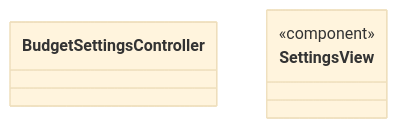
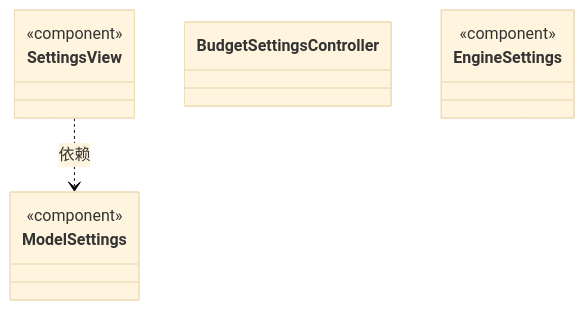
The diagram in src/view/settings/ARCHITECTURE.md (nan023062/cbim), drawn with Mermaid (base theme) before and after one commit. The commit also changed other lines of this file and 136 other files, not shown here.

````diff
--- a/src/view/settings/ARCHITECTURE.md
+++ b/src/view/settings/ARCHITECTURE.md
@@ -20,9 +24,18 @@
 ```mermaid
 classDiagram
-class N_2aa38c2ceb72["BudgetSettingsController"]
-click N_2aa38c2ceb72 href "budget-settings-state.ts"
+class N_8ead684ee267["ModelSettings"] {
+  <<component>>
+}
+click N_8ead684ee267 href "ModelSettings.tsx"
 class N_efa59f360569["SettingsView"] {
   <<component>>
 }
 click N_efa59f360569 href "SettingsView.tsx"
+class N_2aa38c2ceb72["BudgetSettingsController"]
+click N_2aa38c2ceb72 href "budget-settings-state.ts"
+class N_a659c44cae4a["EngineSettings"] {
+  <<component>>
+}
+click N_a659c44cae4a href "EngineSettings.tsx"
+N_efa59f360569 ..> N_8ead684ee267 : 依赖
 ```
````
